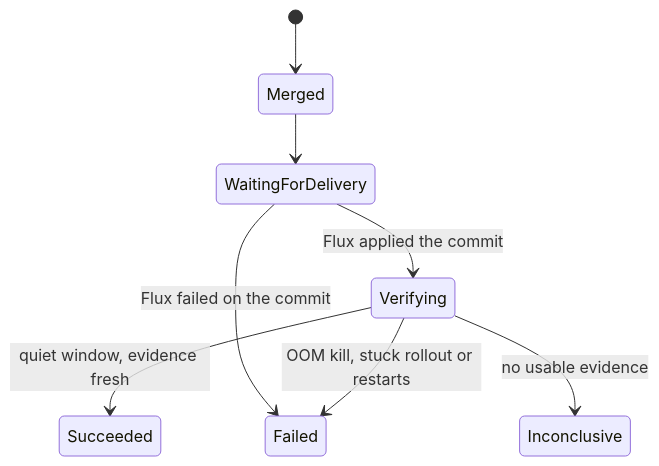
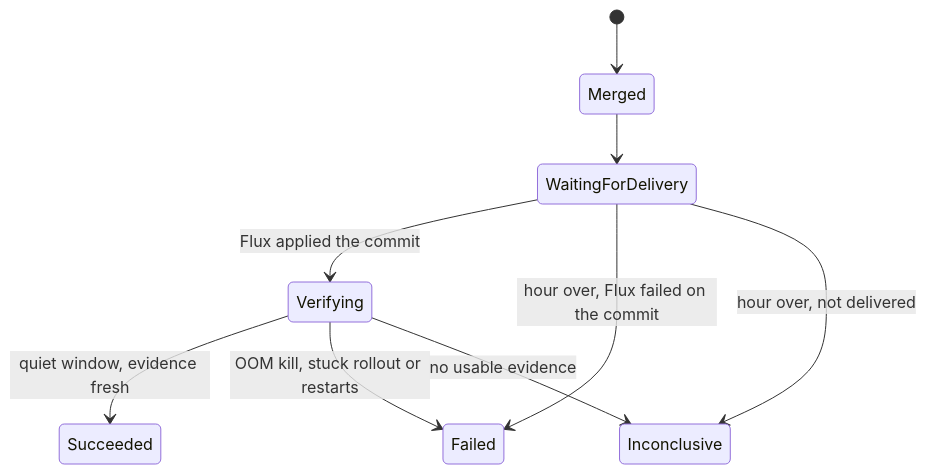
One commit to pkalin/shadewright changed the diagram in docs/how-it-works/verification.md. Above: the diagram before and after it, drawn with Mermaid. The commit also changed other lines of this file and 5 other files, not shown here.

````diff
--- a/docs/how-it-works/verification.md
+++ b/docs/how-it-works/verification.md
@@ -19,10 +19,11 @@
 ```mermaid
 stateDiagram-v2
     [*] --> Merged
     Merged --> WaitingForDelivery
     WaitingForDelivery --> Verifying: Flux applied the commit
-    WaitingForDelivery --> Failed: Flux failed on the commit
+    WaitingForDelivery --> Failed: hour over, Flux failed on the commit
+    WaitingForDelivery --> Inconclusive: hour over, not delivered
     Verifying --> Succeeded: quiet window, evidence fresh
     Verifying --> Failed: OOM kill, stuck rollout or restarts
     Verifying --> Inconclusive: no usable evidence
 ```
````
